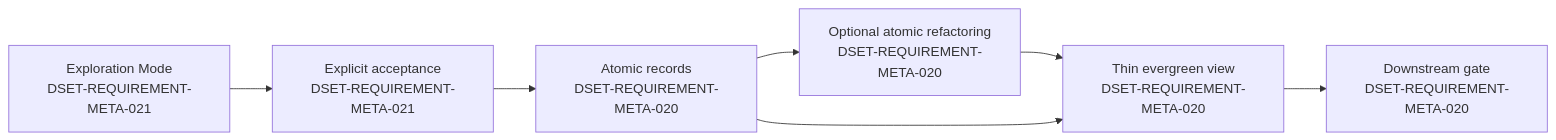
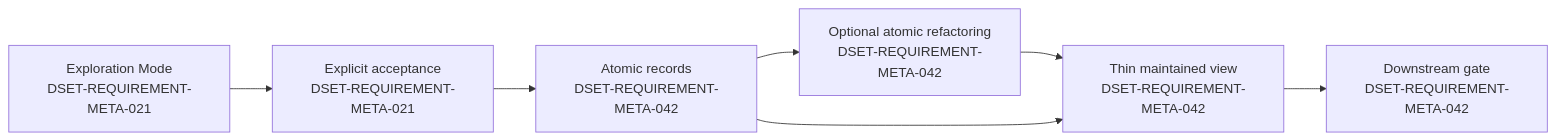
The second of 5 diagrams in 11_layer_meta/040_dset-meta-specification-methodology.md (anatoly-m-maslennikov/dset-specs-loops-framework), drawn with Mermaid before and after one commit. The commit also changed other lines of this file and 6 other files, not shown here.

First line of the commit message:
docs(meta): remove evergreen vocabulary

````diff
--- a/11_layer_meta/040_dset-meta-specification-methodology.md
+++ b/11_layer_meta/040_dset-meta-specification-methodology.md
@@ -309,16 +309,16 @@
 ```mermaid
 flowchart LR
     EXPLORE["Exploration Mode<br/>DSET-REQUIREMENT-META-021"]
     ACCEPT["Explicit acceptance<br/>DSET-REQUIREMENT-META-021"]
-    ATOMS["Atomic records<br/>DSET-REQUIREMENT-META-020"]
-    REFACTOR["Optional atomic refactoring<br/>DSET-REQUIREMENT-META-020"]
-    VIEW["Thin evergreen view<br/>DSET-REQUIREMENT-META-020"]
-    GATE["Downstream gate<br/>DSET-REQUIREMENT-META-020"]
+    ATOMS["Atomic records<br/>DSET-REQUIREMENT-META-042"]
+    REFACTOR["Optional atomic refactoring<br/>DSET-REQUIREMENT-META-042"]
+    VIEW["Thin maintained view<br/>DSET-REQUIREMENT-META-042"]
+    GATE["Downstream gate<br/>DSET-REQUIREMENT-META-042"]
 
     EXPLORE --> ACCEPT
     ACCEPT --> ATOMS
     ATOMS --> REFACTOR
     REFACTOR --> VIEW
     ATOMS --> VIEW
     VIEW --> GATE
 ```
````
